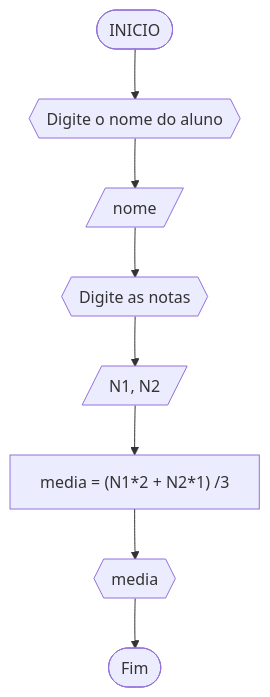
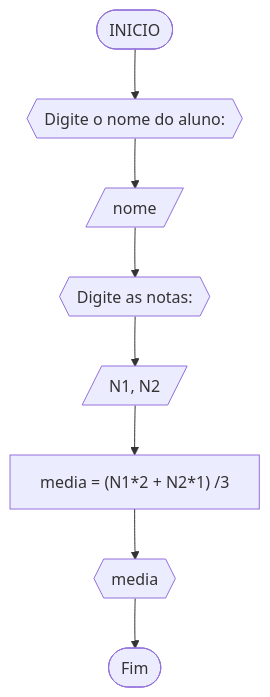
Before and after one commit to eryckmike/Unifor: the eighth of 10 diagrams in RLA/Lista2_exercicios.md, drawn with Mermaid. The commit also changed other lines of this file, not shown here.

````diff
--- a/RLA/Lista2_exercicios.md
+++ b/RLA/Lista2_exercicios.md
@@ -197,10 +201,10 @@
 ```mermaid 
 flowchart TD
-A([INICIO]) --> B{{Digite o nome do aluno}}
+A([INICIO]) --> B{{Digite o nome do aluno:}}
 B --> C[/nome/]
-C --> D{{Digite as notas}}
+C --> D{{Digite as notas:}}
 D --> E[/N1, N2/]
 E --> F["media = (N1*2 + N2*1) /3"]
 F --> G{{media}}
 G --> H([Fim])
 ```
````
